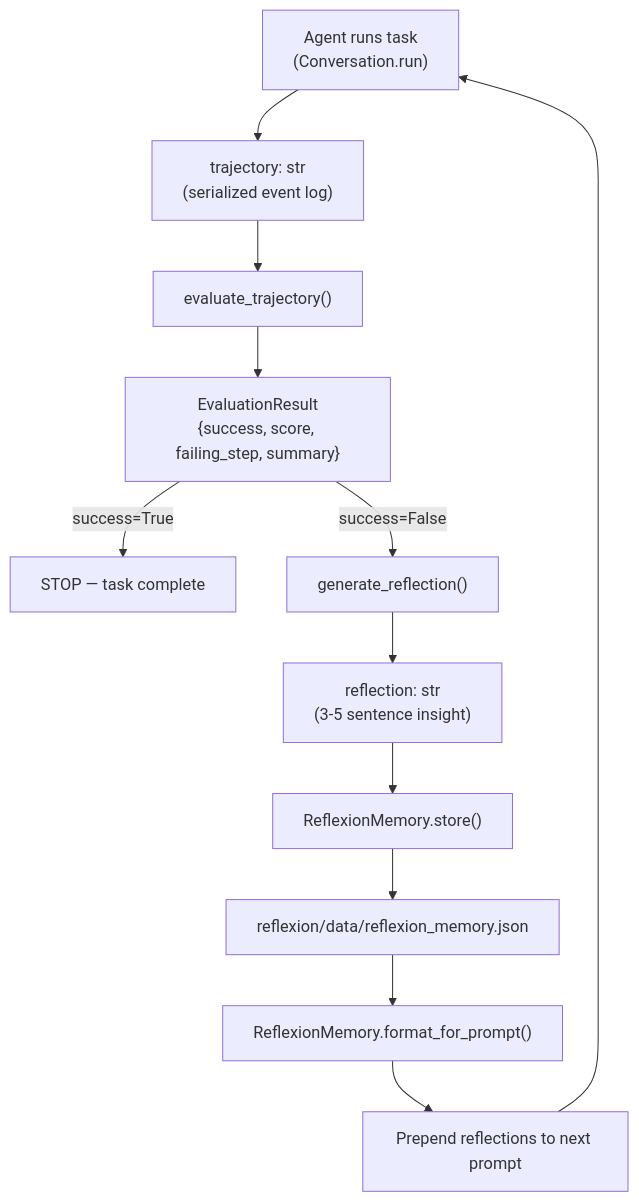
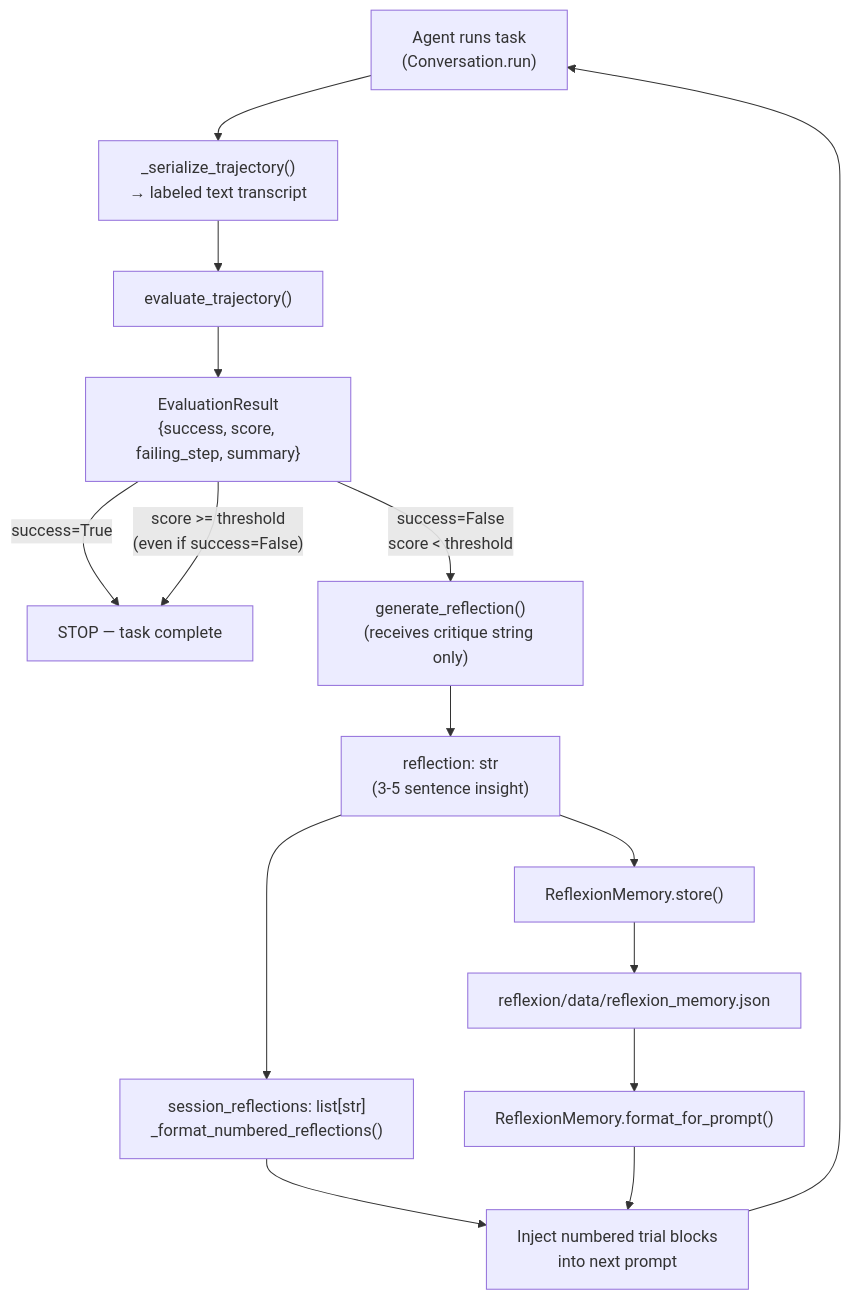
Before and after one commit to arthur900530/capstone: the first of 2 diagrams in backend/reflexion_agent/docs/data-flow.md, drawn with Mermaid. The commit also changed other lines of this file and 3 other files, not shown here.

````diff
--- a/backend/reflexion_agent/docs/data-flow.md
+++ b/backend/reflexion_agent/docs/data-flow.md
@@ -8,16 +8,19 @@
 ```mermaid
 flowchart TD
-    AgentRun["Agent runs task<br/>(Conversation.run)"] --> Trajectory["trajectory: str<br/>(serialized event log)"]
+    AgentRun["Agent runs task<br/>(Conversation.run)"] --> Trajectory["_serialize_trajectory()<br/>→ labeled text transcript"]
     Trajectory --> Evaluator["evaluate_trajectory()"]
     Evaluator --> EvalResult["EvaluationResult<br/>{success, score, failing_step, summary}"]
 
     EvalResult -->|"success=True"| Done["STOP — task complete"]
-    EvalResult -->|"success=False"| Reflector["generate_reflection()"]
+    EvalResult -->|"score >= threshold<br/>(even if success=False)"| Done
+    EvalResult -->|"success=False<br/>score < threshold"| Reflector["generate_reflection()<br/>(receives critique string only)"]
 
     Reflector --> ReflectionStr["reflection: str<br/>(3-5 sentence insight)"]
+    ReflectionStr --> SessionList["session_reflections: list[str]<br/>_format_numbered_reflections()"]
     ReflectionStr --> MemoryStore["ReflexionMemory.store()"]
     MemoryStore --> JSONFile["reflexion/data/reflexion_memory.json"]
     JSONFile --> MemoryRetrieve["ReflexionMemory.format_for_prompt()"]
-    MemoryRetrieve --> PromptInjection["Prepend reflections to next prompt"]
+    SessionList --> PromptInjection["Inject numbered trial blocks<br/>into next prompt"]
+    MemoryRetrieve --> PromptInjection
     PromptInjection --> AgentRun
 ```
````
